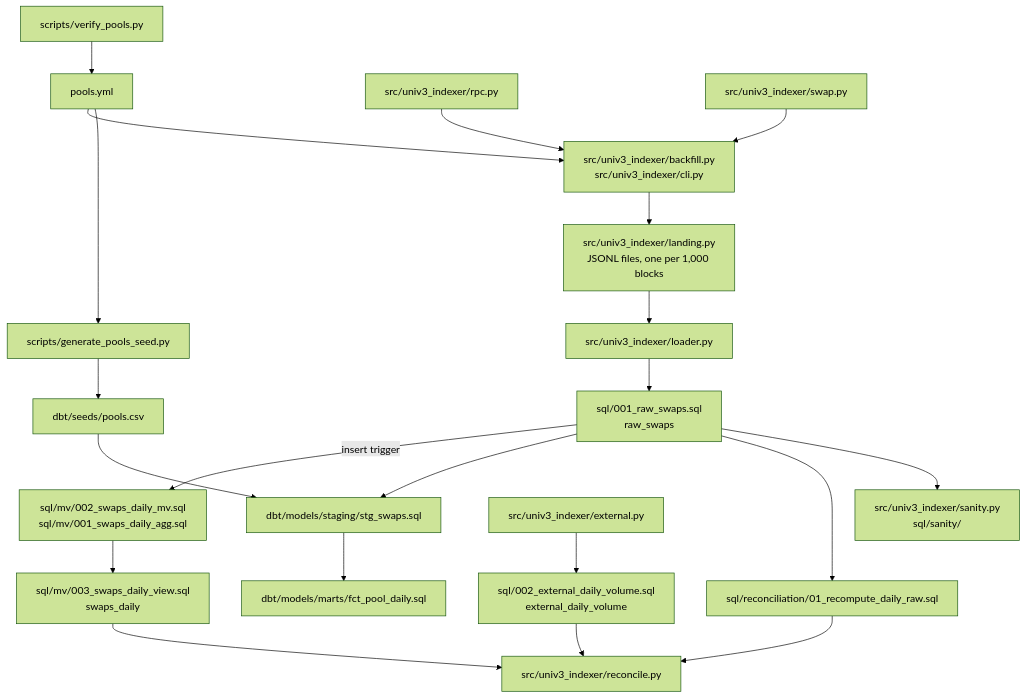
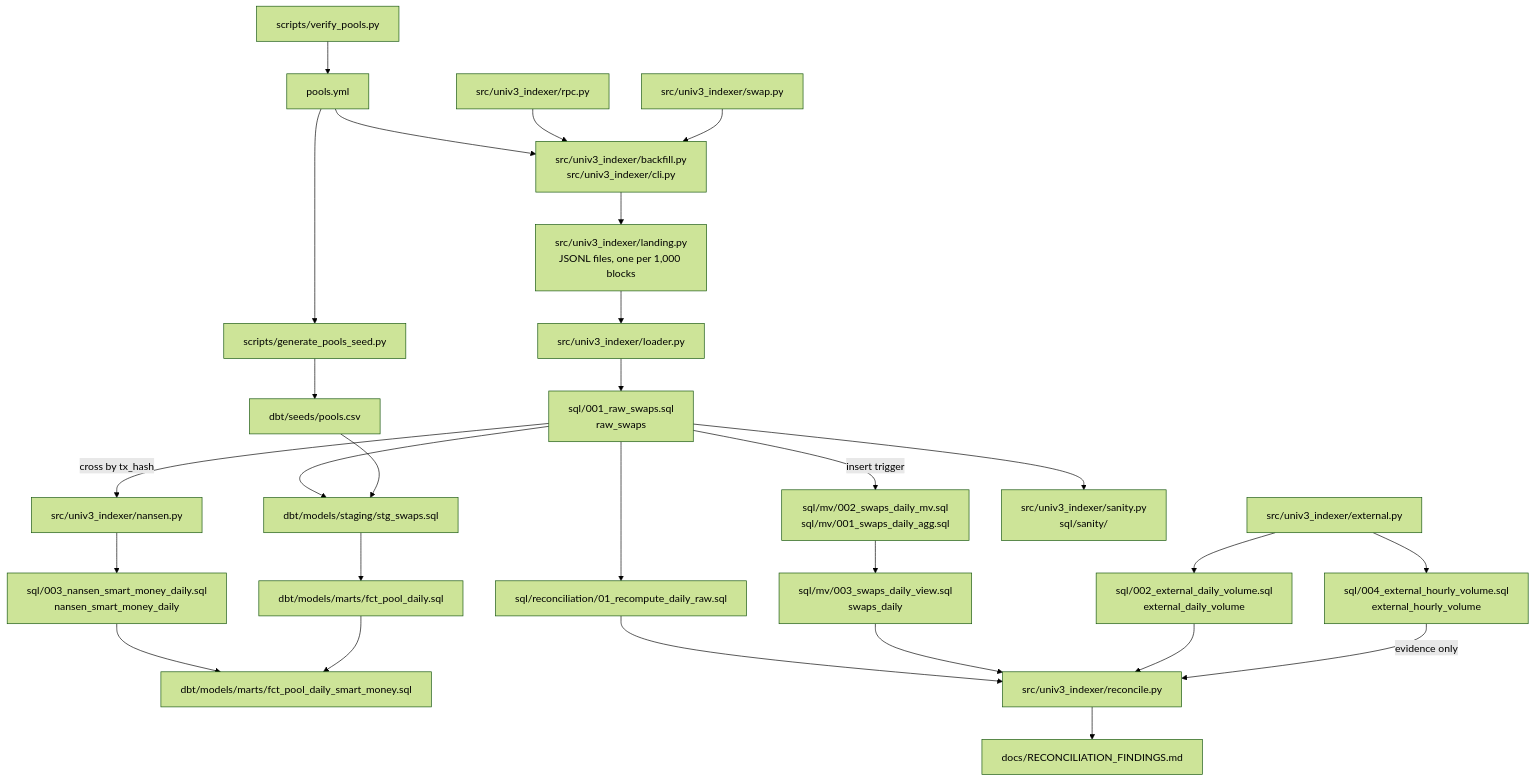
Before and after one commit to orwee/univ3-clickhouse-indexer: the diagram in README.md, drawn with Mermaid (forest theme). The commit also changed other lines of this file and 5 other files, not shown here.

First line of the commit message:
Final polish: README up to date, a ten-minute walkthrough, headers on the schema notes, MIT licence

````diff
--- a/README.md
+++ b/README.md
@@ -22,42 +25,54 @@
 ```mermaid
 flowchart TD
     pools["pools.yml"]
     verify["scripts/verify_pools.py"]
     rpc["src/univ3_indexer/rpc.py"]
     swap["src/univ3_indexer/swap.py"]
     backfill["src/univ3_indexer/backfill.py<br/>src/univ3_indexer/cli.py"]
     landing["src/univ3_indexer/landing.py<br/>JSONL files, one per 1,000 blocks"]
     loader["src/univ3_indexer/loader.py"]
     raw["sql/001_raw_swaps.sql<br/>raw_swaps"]
     mv["sql/mv/002_swaps_daily_mv.sql<br/>sql/mv/001_swaps_daily_agg.sql"]
     daily["sql/mv/003_swaps_daily_view.sql<br/>swaps_daily"]
     seedgen["scripts/generate_pools_seed.py"]
     seed["dbt/seeds/pools.csv"]
     stg["dbt/models/staging/stg_swaps.sql"]
     mart["dbt/models/marts/fct_pool_daily.sql"]
     ext["src/univ3_indexer/external.py"]
     exttable["sql/002_external_daily_volume.sql<br/>external_daily_volume"]
+    exthourly["sql/004_external_hourly_volume.sql<br/>external_hourly_volume"]
+    nansen["src/univ3_indexer/nansen.py"]
+    nansentable["sql/003_nansen_smart_money_daily.sql<br/>nansen_smart_money_daily"]
+    smartmart["dbt/models/marts/fct_pool_daily_smart_money.sql"]
+    findings["docs/RECONCILIATION_FINDINGS.md"]
     recompute["sql/reconciliation/01_recompute_daily_raw.sql"]
     reconcile["src/univ3_indexer/reconcile.py"]
     sanity["src/univ3_indexer/sanity.py<br/>sql/sanity/"]
 
     verify --> pools
     pools --> backfill
     rpc --> backfill
     swap --> backfill
     backfill --> landing
     landing --> loader
     loader --> raw
     raw -- "insert trigger" --> mv
     mv --> daily
     pools --> seedgen --> seed
     raw --> stg
     seed --> stg
     stg --> mart
     ext --> exttable
+    ext --> exthourly
     raw --> recompute
     recompute --> reconcile
     daily --> reconcile
     exttable --> reconcile
+    exthourly -- "evidence only" --> reconcile
+    reconcile --> findings
+    raw -- "cross by tx_hash" --> nansen
+    nansen --> nansentable
+    nansentable --> smartmart
+    mart --> smartmart
     raw --> sanity
 ```
````
